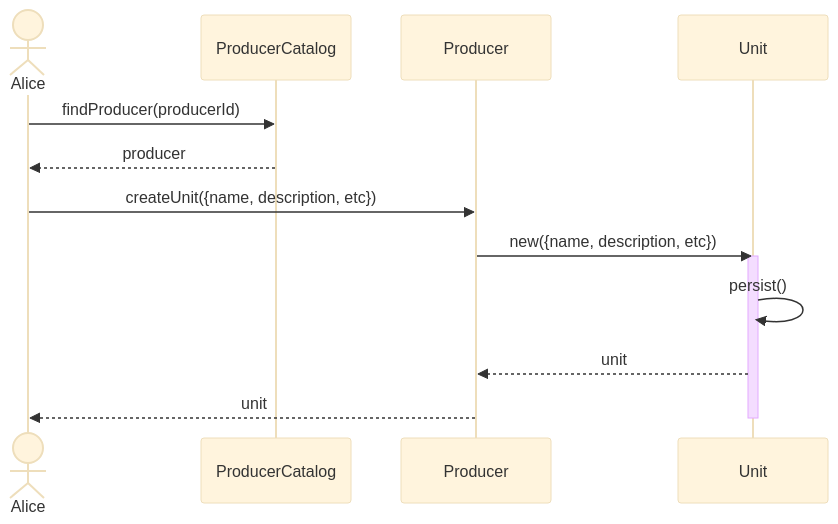
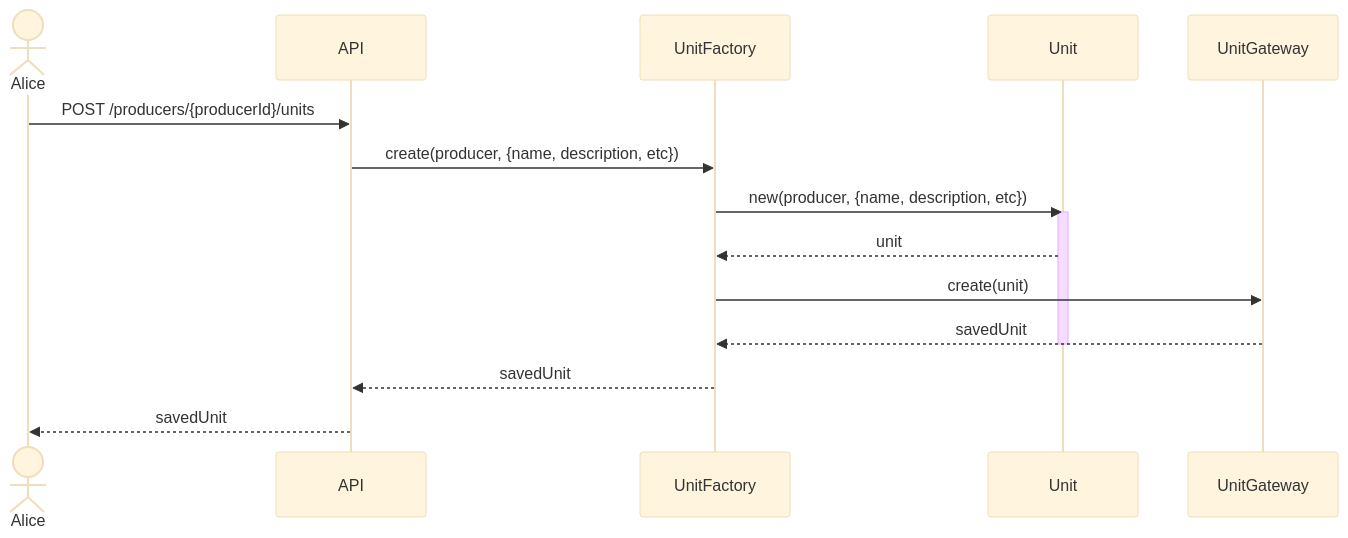
Before and after one commit to hivetown/planning: diagram 19 of 32 in sequence.md, drawn with Mermaid (base theme). The commit also changed other lines of this file, not shown here.

````diff
--- a/sequence.md
+++ b/sequence.md
@@ -671,21 +674,23 @@
 ```mermaid
 sequenceDiagram
     actor A as Alice
-    participant PC as ProducerCatalog
-    participant P as Producer
+    participant API as API
+    participant UF as UnitFactory
     participant U as Unit
+    participant UG as UnitGateway
 
-    A ->> PC: findProducer(producerId)
-    PC -->> A: producer
+    A ->> API: POST /producers/{producerId}/units
 
-    A ->> P: createUnit({name, description, etc})
-    P ->> U: new({name, description, etc})
+    API ->> UF: create(producer, {name, description, etc})
+
+    UF ->> U: new(producer, {name, description, etc})
     activate U
+    U -->> UF: unit
 
-    U ->> U: persist()
+    UF ->> UG: create(unit)
+    UG -->> UF: savedUnit
+    deactivate U
 
-    U -->> P: unit
-
-    P -->> A: unit
-    deactivate U
+    UF -->> API: savedUnit
+    API -->> A: savedUnit
 ```
````
